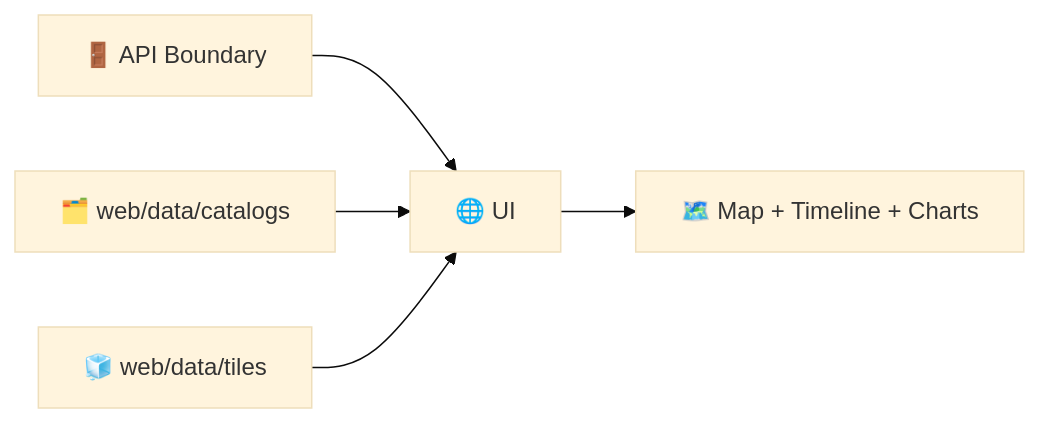
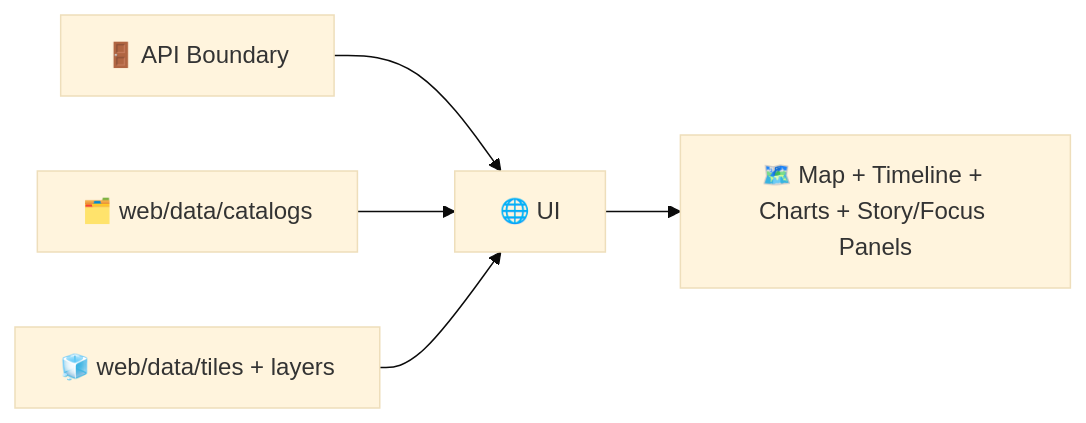
Before and after one commit to bartytime4life/Kansas-Frontier-Matrix: the second of 2 diagrams in web/data/README.md, drawn with Mermaid (base theme). The commit also changed other lines of this file, not shown here.

````diff
--- a/web/data/README.md
+++ b/web/data/README.md
@@ -168,7 +207,7 @@
 ```mermaid
 flowchart LR
   API["🚪 API Boundary"] --> UI["🌐 UI"]
   CAT["🗂️ web/data/catalogs"] --> UI
-  OFF["🧊 web/data/tiles"] --> UI
-  UI --> MAP["🗺️ Map + Timeline + Charts"]
+  OFF["🧊 web/data/tiles + layers"] --> UI
+  UI --> MAP["🗺️ Map + Timeline + Charts + Story/Focus Panels"]
 ```
````
